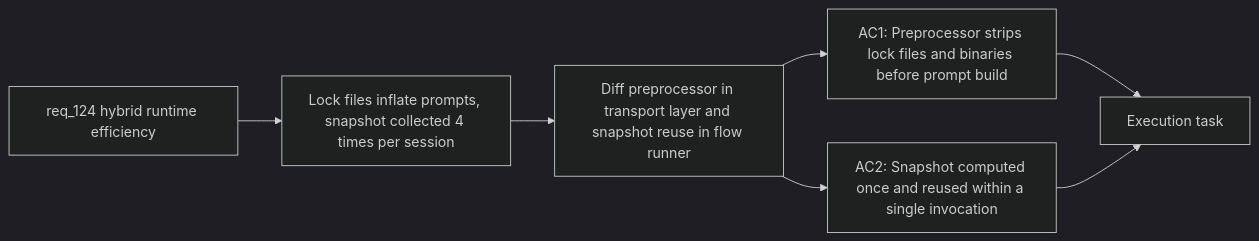
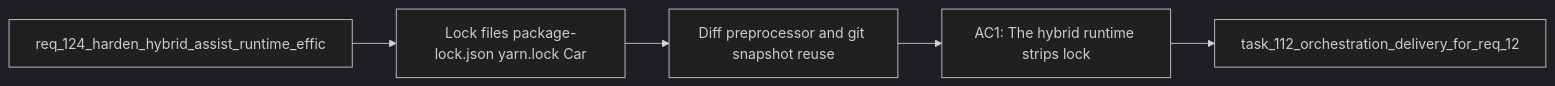
The diagram in logics/backlog/item_220_diff_preprocessor_and_git_snapshot_reuse_in_hybrid_runtime.md (AlexAgo83/logics-manager), drawn with Mermaid (dark theme) before and after one commit. The commit also changed other lines of this file and 481 other files, not shown here.

````diff
--- a/logics/backlog/item_220_diff_preprocessor_and_git_snapshot_reuse_in_hybrid_runtime.md
+++ b/logics/backlog/item_220_diff_preprocessor_and_git_snapshot_reuse_in_hybrid_runtime.md
@@ -24,11 +24,9 @@
 ```mermaid
 %% logics-kind: backlog
 %% logics-signature: backlog|diff-preprocessor-and-git-snapshot-reuse|req-124-harden-hybrid-assist-runtime-eff|lock-files-package-lock-json-yarn-lock-c|ac1-the-hybrid-runtime-strips-lock
 flowchart LR
-    Request[req_124 hybrid runtime efficiency] --> Problem[Lock files inflate prompts, snapshot collected 4 times per session]
-    Problem --> Scope[Diff preprocessor in transport layer and snapshot reuse in flow runner]
-    Scope --> AC1[AC1: Preprocessor strips lock files and binaries before prompt build]
-    Scope --> AC2[AC2: Snapshot computed once and reused within a single invocation]
-    AC1 --> Tasks[Execution task]
-    AC2 --> Tasks
+    Request[req_124_harden_hybrid_assist_runtime_effic] --> Problem[Lock files package-lock.json yarn.lock Car]
+    Problem --> Scope[Diff preprocessor and git snapshot reuse]
+    Scope --> Acceptance[AC1: The hybrid runtime strips lock]
+    Acceptance --> Tasks[task_112_orchestration_delivery_for_req_12]
 ```
````
